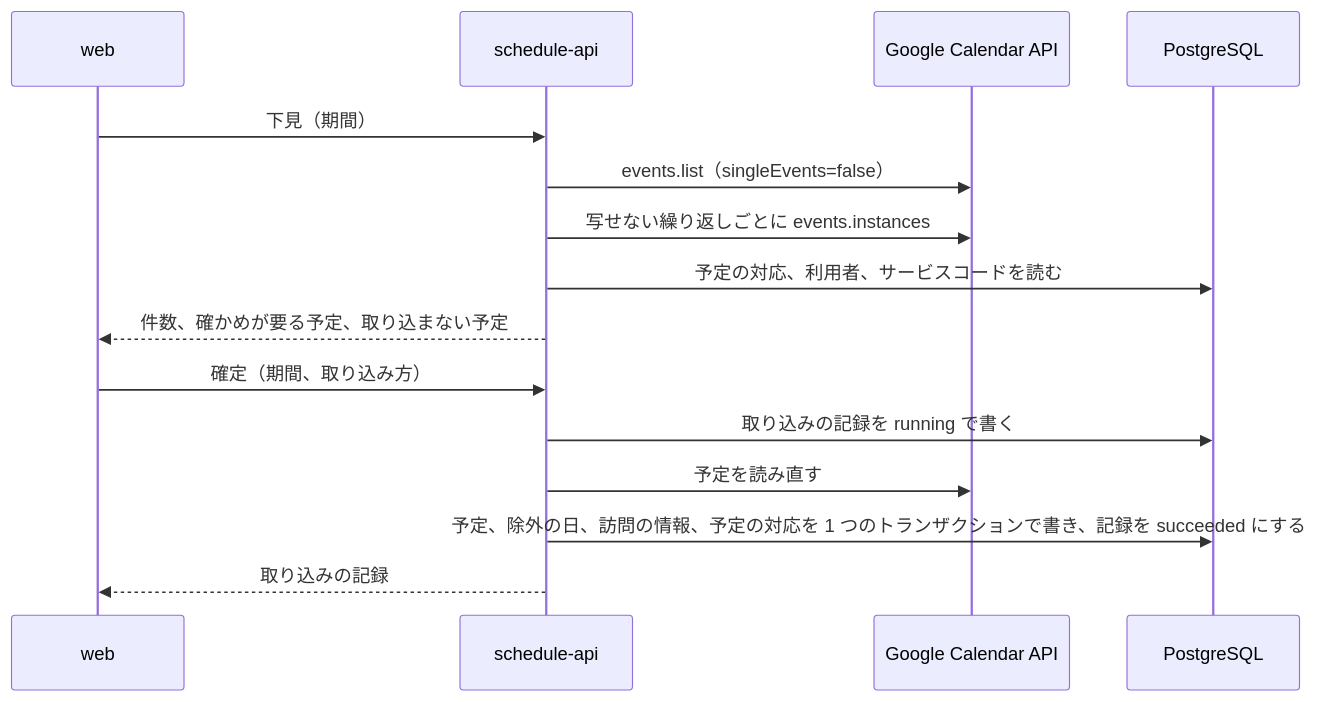
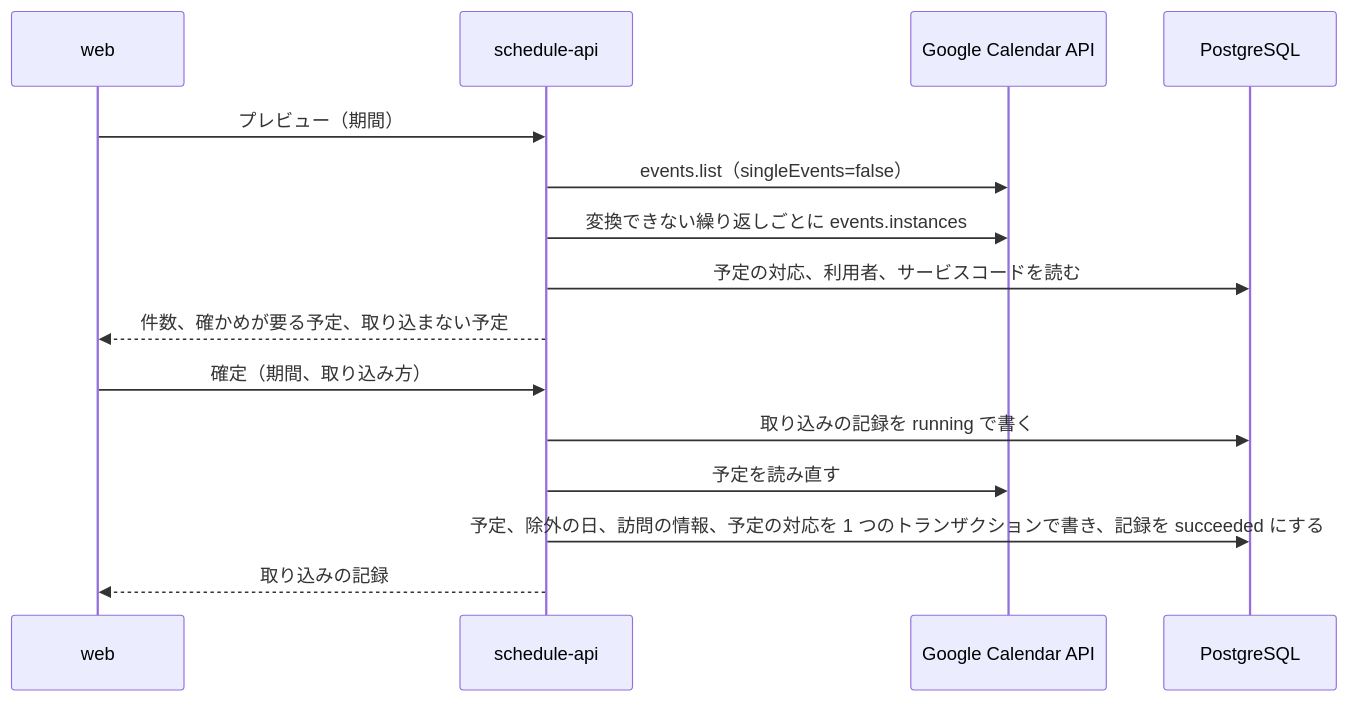
One commit to Fukuemon/buddy changed the third of 4 diagrams in apps/schedule-api/DesignDoc.md. Above: the diagram before and after it, drawn with Mermaid. The commit also changed other lines of this file and 12 other files, not shown here.

````diff
--- a/apps/schedule-api/DesignDoc.md
+++ b/apps/schedule-api/DesignDoc.md
@@ -279,17 +279,17 @@
 ```mermaid
 sequenceDiagram
   participant web
   participant api as schedule-api
   participant g as Google Calendar API
   participant db as PostgreSQL
-  web->>api: 下見（期間）
+  web->>api: プレビュー（期間）
   api->>g: events.list（singleEvents=false）
-  api->>g: 写せない繰り返しごとに events.instances
+  api->>g: 変換できない繰り返しごとに events.instances
   api->>db: 予定の対応、利用者、サービスコードを読む
   api-->>web: 件数、確かめが要る予定、取り込まない予定
   web->>api: 確定（期間、取り込み方）
   api->>db: 取り込みの記録を running で書く
   api->>g: 予定を読み直す
   api->>db: 予定、除外の日、訪問の情報、予定の対応を 1 つのトランザクションで書き、記録を succeeded にする
   api-->>web: 取り込みの記録
 ```
````
